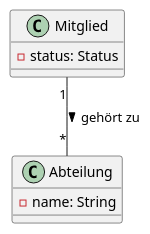
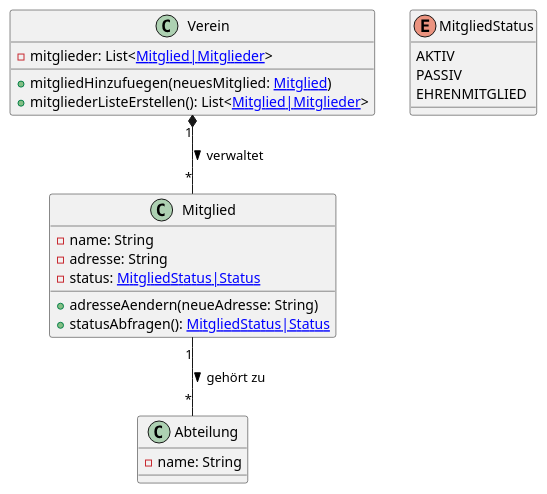
The diagram in zettel/Analyse-Objektmodell.md (theEdguy/Obsidian), drawn with PlantUML before and after one commit. The commit also changed other lines of this file and 490 other files, not shown here.

```diff
--- a/zettel/Analyse-Objektmodell.md
+++ b/zettel/Analyse-Objektmodell.md
@@ -20,9 +21,30 @@
 @startuml
 class Mitglied {
-  -status: Status
+  -name: String
+  -adresse: String
+  -status: [[MitgliedStatus|Status]]
+  
+  +adresseAendern(neueAdresse: String)
+  +statusAbfragen(): [[MitgliedStatus|Status]]
 }
+
 class Abteilung {
   -name: String
 }
+
+class Verein {
+  -mitglieder: List<[[Mitglied|Mitglieder]]>
+  
+  +mitgliedHinzufuegen(neuesMitglied: [[Mitglied]])
+  +mitgliederListeErstellen(): List<[[Mitglied|Mitglieder]]>
+}
+
 Mitglied "1" -- "*" Abteilung: gehört zu >
+Verein "1" *-- "*" Mitglied: verwaltet >
+
+enum MitgliedStatus {
+  AKTIV
+  PASSIV
+  EHRENMITGLIED
+}
 @enduml
```
